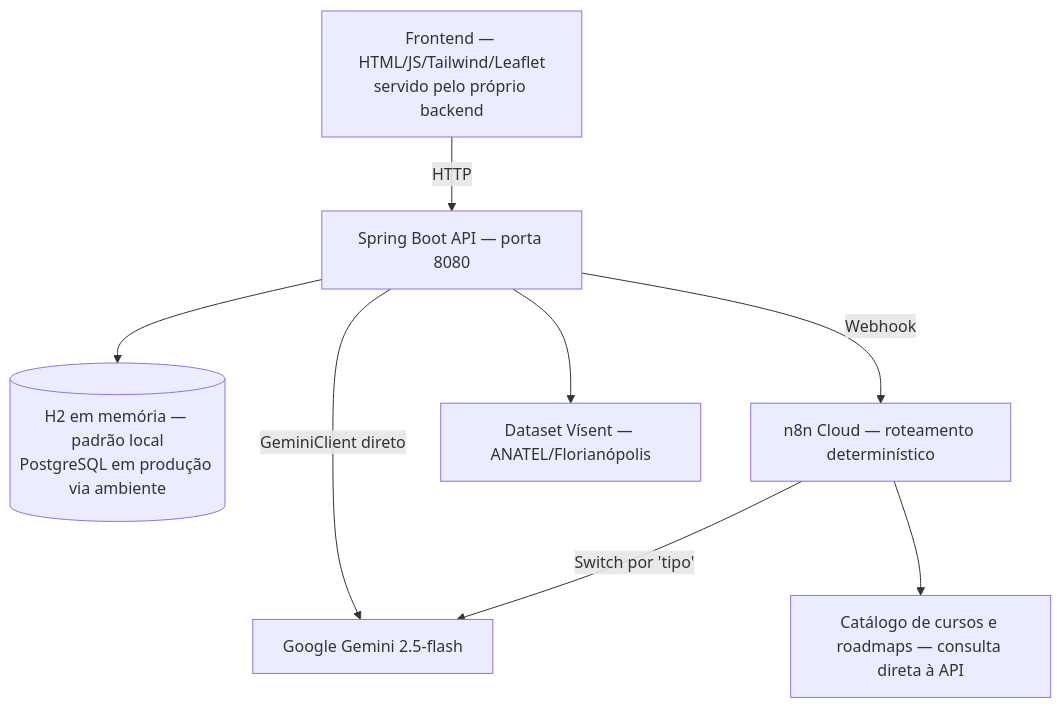
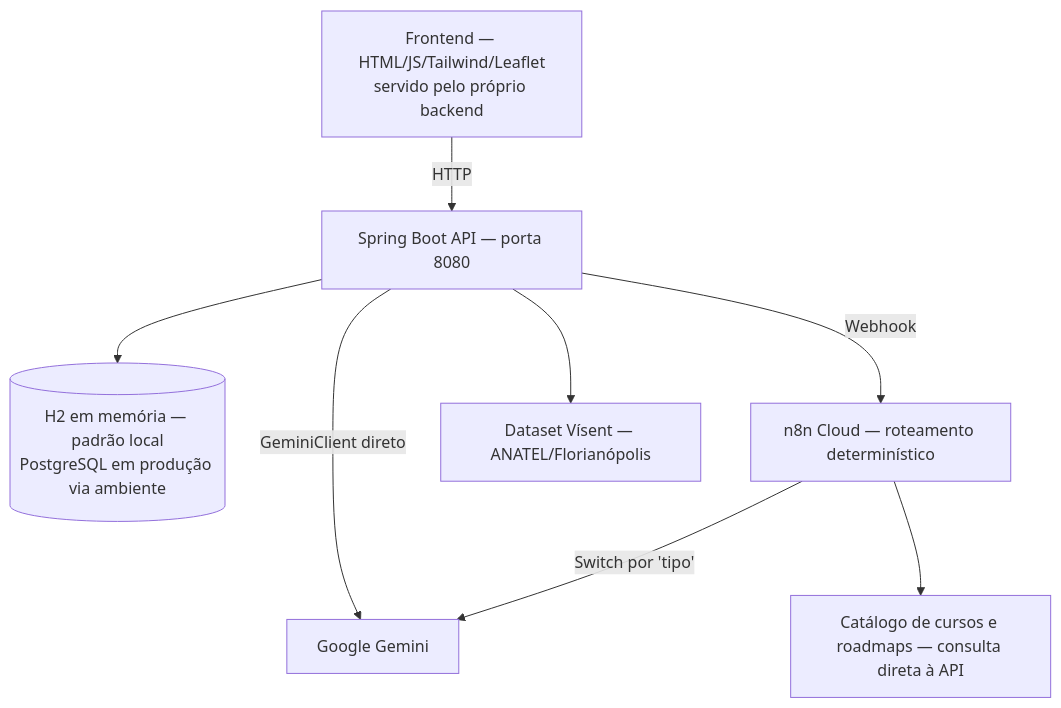
One commit to No-Country-simulation/S06-26-AB-EQUIPE-68 changed the second of 2 diagrams in README.md. Above: the diagram before and after it, drawn with Mermaid. The commit also changed other lines of this file and 4 other files, not shown here.

First line of the commit message:
fix(gemini): modelo padrão passa a ser gemini-3.5-flash-lite

````diff
--- a/README.md
+++ b/README.md
@@ -305,25 +305,25 @@
 ```mermaid
 graph TD
 
 UI[Frontend — HTML/JS/Tailwind/Leaflet<br/>servido pelo próprio backend]
 
 API[Spring Boot API — porta 8080]
 
 DB[(H2 em memória — padrão local<br/>PostgreSQL em produção via ambiente)]
 
 N8N[n8n Cloud — roteamento determinístico]
 
-AI[Google Gemini 2.5-flash]
+AI[Google Gemini]
 
 CAT[Catálogo de cursos e roadmaps — consulta direta à API]
 
 VISENT[Dataset Vísent — ANATEL/Florianópolis]
 
 UI -->|HTTP| API
 API --> DB
 API -->|Webhook| N8N
 N8N -->|Switch por 'tipo'| AI
 N8N --> CAT
 API -->|GeminiClient direto| AI
 API --> VISENT
 ```
````
